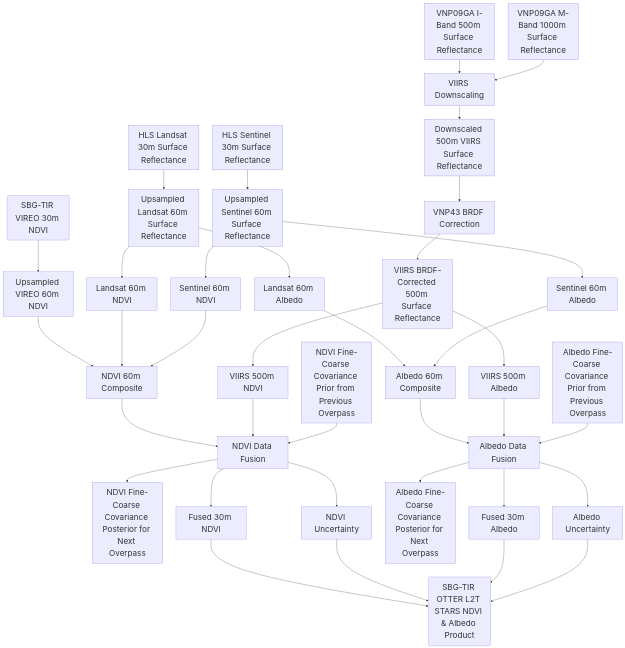
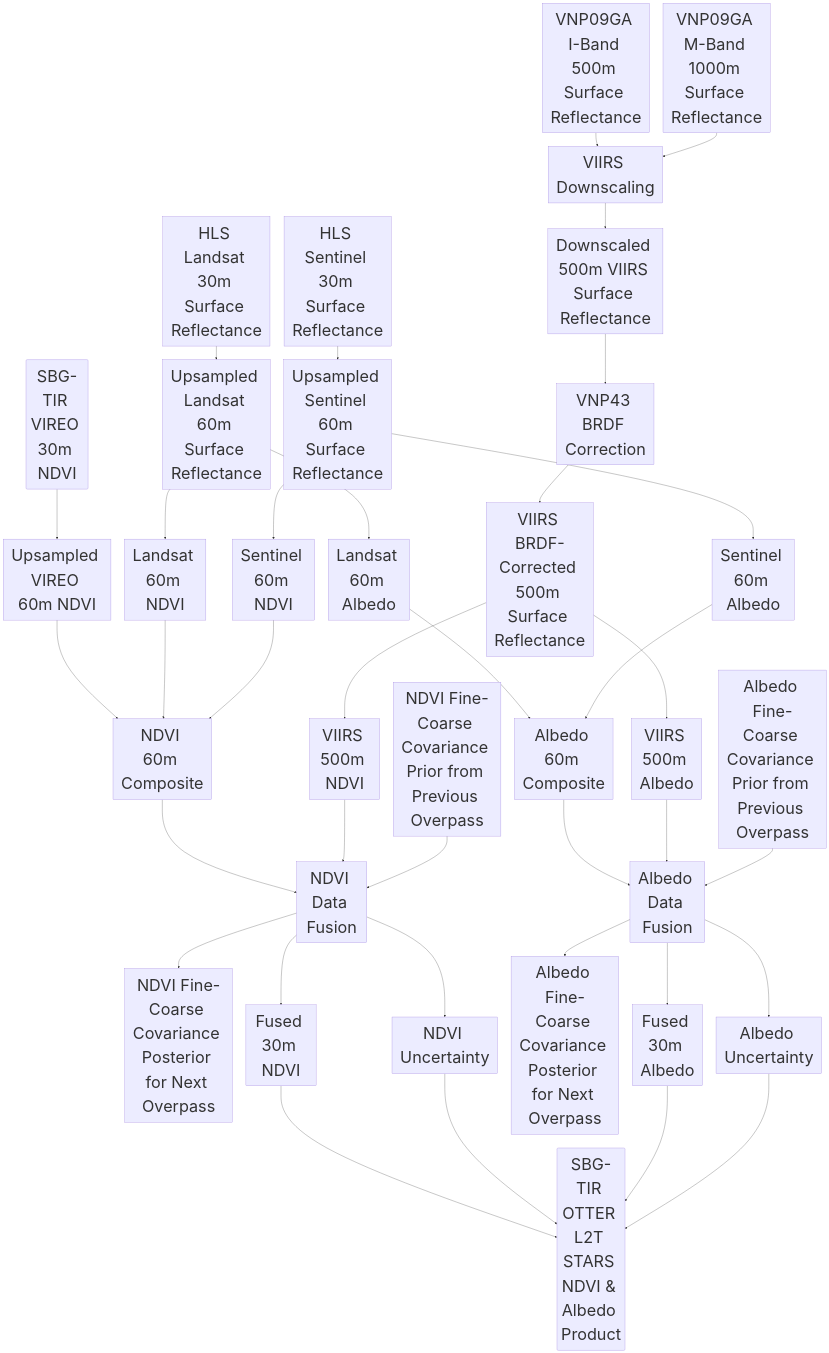
One commit to sbg-tir/SBG-TIR-L2-STARS changed the diagram in README.md. Above: the diagram before and after it, drawn with Mermaid.

````diff
--- a/README.md
+++ b/README.md
@@ -57,6 +57,6 @@
 ```mermaid
 flowchart TB
-    classDef bigFont font-size:30px;
+    classDef bigFont font-size:60px;
 
     VIREO_NDVI(SBG-TIR VIREO 30m NDVI)
     VIREO_upsampled[Upsampled VIREO 60m NDVI]
````
